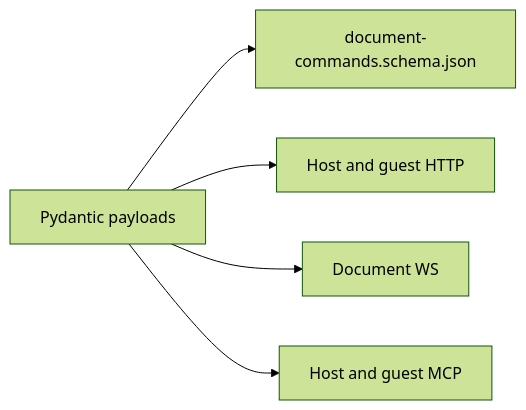
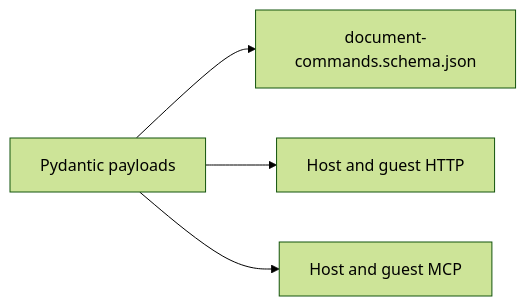
The diagram in docs-site/pages/home.md (calebn/sharecut-studio), drawn with Mermaid (forest theme) before and after one commit. The commit also changed 14 other files, not shown here.

````diff
--- a/docs-site/pages/home.md
+++ b/docs-site/pages/home.md
@@ -39,12 +39,10 @@
 ```mermaid
 flowchart LR
   models[Pydantic payloads]
   schema[document-commands.schema.json]
   http[Host and guest HTTP]
-  ws[Document WS]
   mcp[Host and guest MCP]
   models --> schema
   models --> http
-  models --> ws
   models --> mcp
 ```
````
